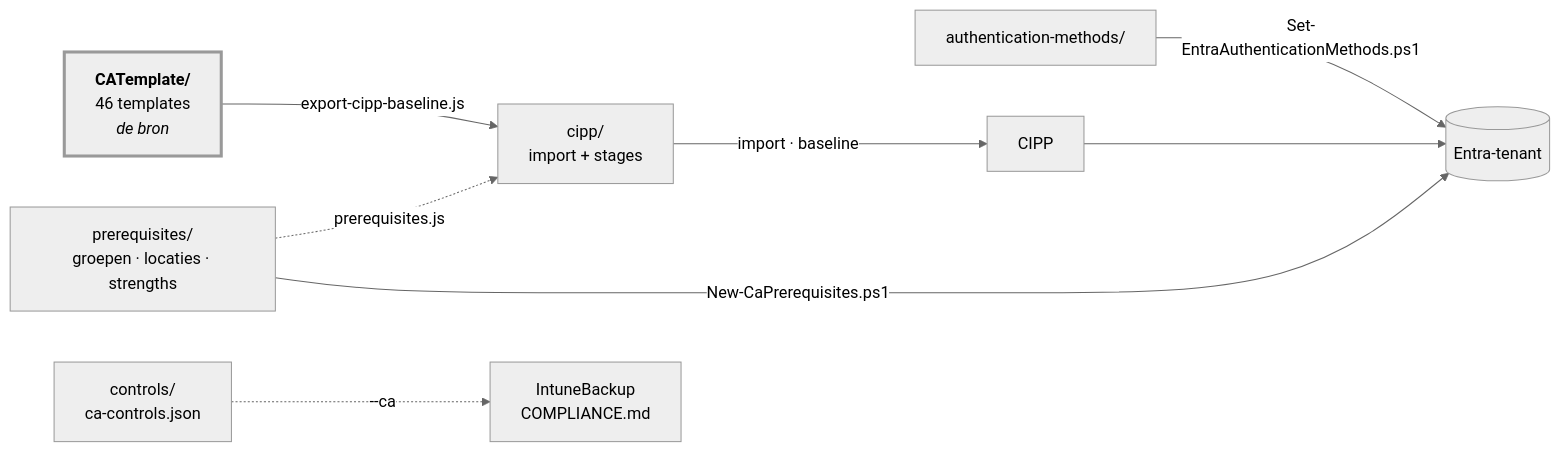
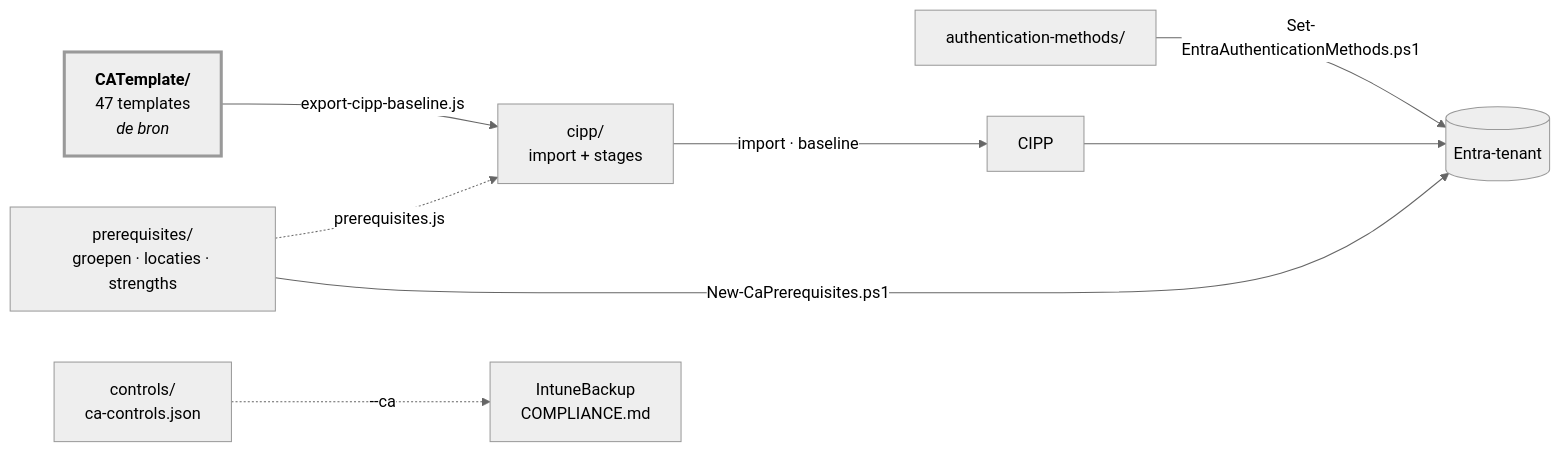
The diagram in README.md (sjkanon/CA-Policies), drawn with Mermaid (neutral theme) before and after one commit. The commit also changed other lines of this file and 39 other files, not shown here.

````diff
--- a/README.md
+++ b/README.md
@@ -10,19 +10,19 @@
 ```mermaid
 flowchart LR
-  T["<b>CATemplate/</b><br/>46 templates<br/><i>de bron</i>"]
+  T["<b>CATemplate/</b><br/>47 templates<br/><i>de bron</i>"]
   P["prerequisites/<br/>groepen · locaties · strengths"]
   C["controls/<br/>ca-controls.json"]
   A["authentication-methods/"]
   X["cipp/<br/>import + stages"]
   TEN[("Entra-tenant")]
 
   T -->|export-cipp-baseline.js| X
   P -.->|prerequisites.js| X
   X -->|import · baseline| CIPP[CIPP]
   CIPP --> TEN
   P -->|New-CaPrerequisites.ps1| TEN
   A -->|Set-EntraAuthenticationMethods.ps1| TEN
   C -.->|--ca| IB["IntuneBackup<br/>COMPLIANCE.md"]
 
   style T stroke-width:3px
 ```
````
